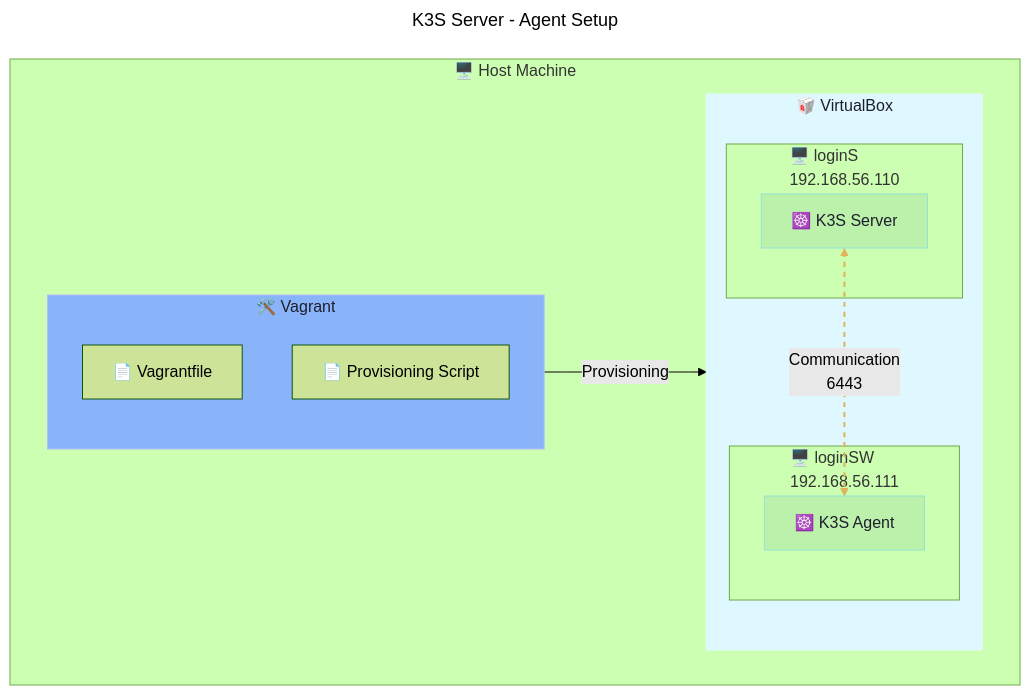
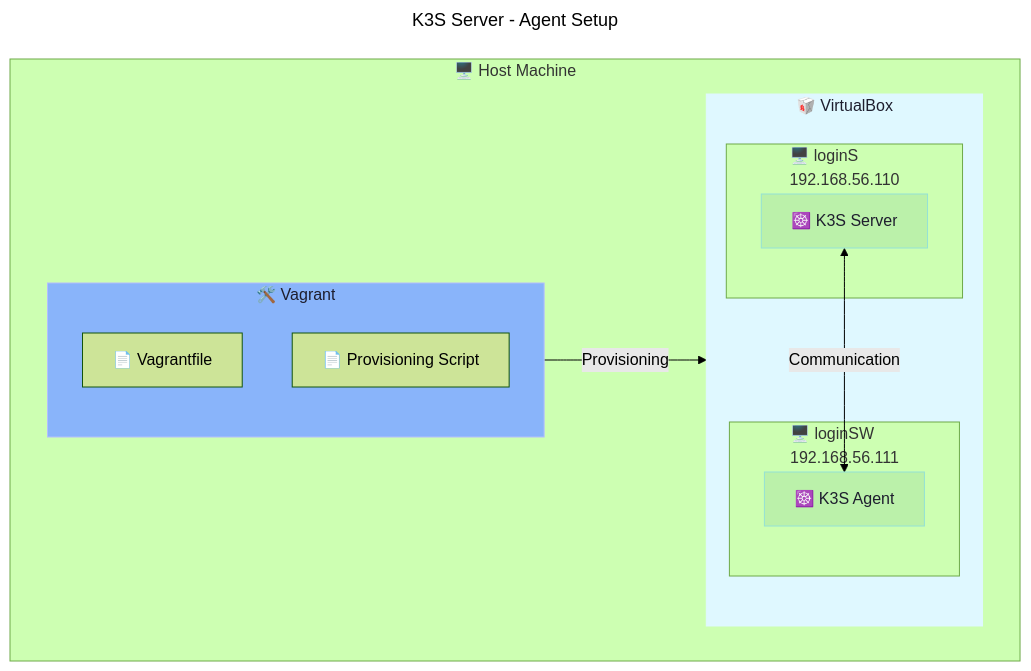
The diagram in p1/README.md (Tablerase/42_InceptionOfThings), drawn with Mermaid (forest theme) before and after one commit. The commit also changed other lines of this file and 39 other files, not shown here.

````diff
--- a/p1/README.md
+++ b/p1/README.md
@@ -22,40 +10,40 @@
 ```mermaid
 ---
 title: K3S Server - Agent Setup
 config:
   layout: dagre
 ---
 flowchart TD
   subgraph HostMachine["🖥️️️ Host Machine"]
     subgraph Vagrant["🛠️ Vagrant"]
       direction TB
       InvFile["📄 Vagrantfile"]
       PLY["📄 Provisioning Script"]
     end
 
     subgraph VirtualBox["🥡 VirtualBox"]
       subgraph VMServer["🖥️ loginS <br> 192.168.56.110"]
         K3S_Server["☸️ K3S Server"]
       end
       subgraph VMWorker["🖥️ loginSW <br> 192.168.56.111"]
         K3S_Agent["☸️ K3S Agent"]
       end
     end
 
     Vagrant -->|Provisioning| VirtualBox
-    K3S_Server k3sc@<-->|Communication<br>6443| K3S_Agent
+    K3S_Server <-->|Communication| K3S_Agent
   end
 
   classDef files fill: #fadc89ff,color: #616161ff,stroke: #b4befe
   classDef database fill: #7575bdff,color: #ffffffff,stroke: #45475a
   classDef web fill: #88e68dff,color: #575757ff,stroke: #45475a
   classDef vagrant fill: #89b4fa,color: #1e1e2e,stroke: #b4befe
   classDef kubern fill: #a6e3a17c,color: #1e1e2e,stroke: #94e2d5
   classDef vbox fill: #dff8ffff,color: #1e1e2e,stroke: #dff8ffff
-  classDef kub-anim stroke-dasharray: 5,5, stroke-dashoffset: 300, stroke-width: 2, stroke: #e0b25cff, animation: dash 25s linear infinite;
+  classDef web-anim stroke-dasharray: 9,5, stroke-dashoffset: 900, stroke-width: 2, stroke: #489e5dff, animation: dash 25s linear infinite;
+  classDef ansible-anim stroke-dasharray: 5,5, stroke-dashoffset: 300, stroke-width: 2, stroke: #e0b25cff, animation: dash 25s linear infinite;
 
-  class k3sc kub-anim
   class K3S_Server,K3S_Agent kubern
   class Vagrant vagrant
   class VirtualBox vbox
 ```
````
